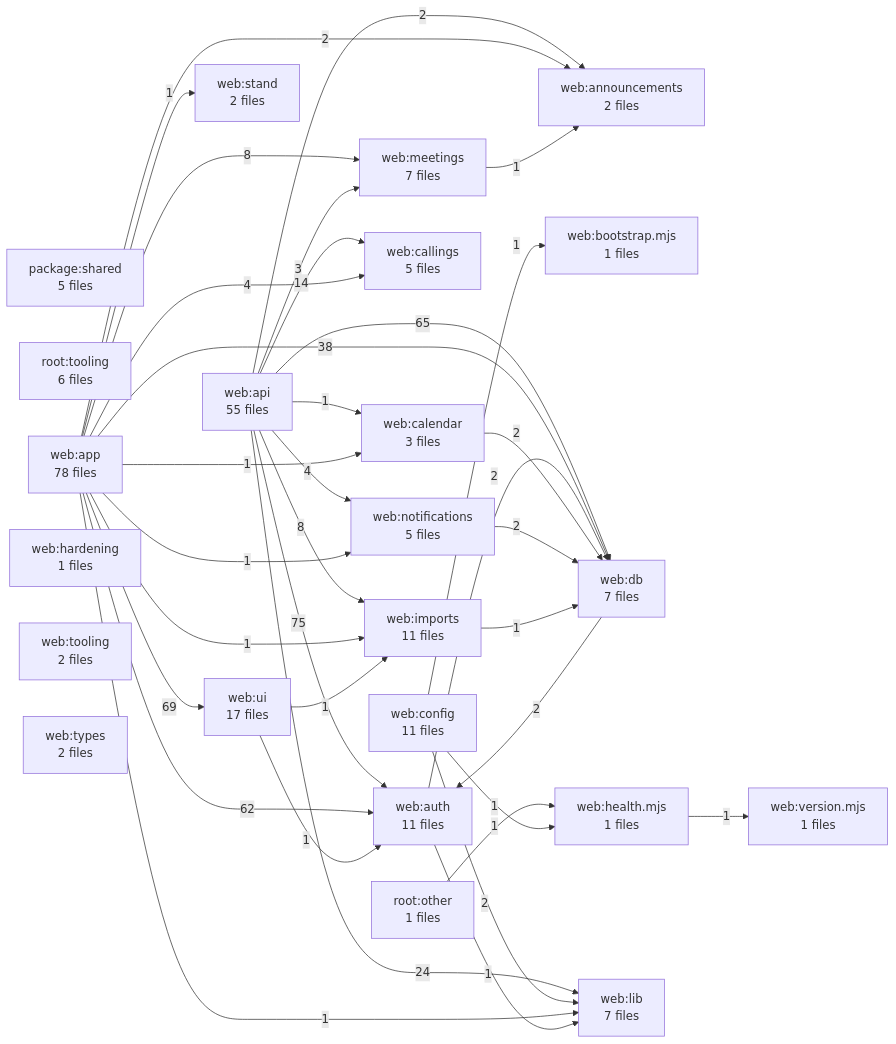
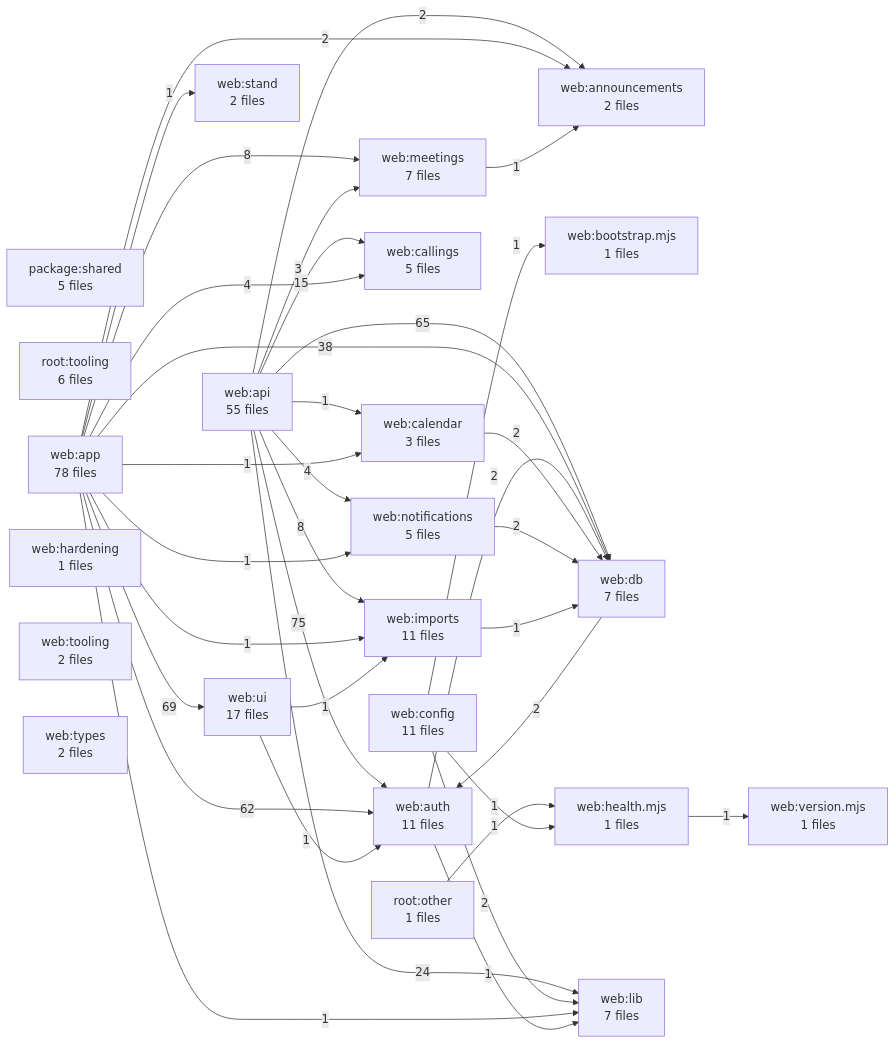
Before and after one commit to kalebhall/the-stand: the diagram in docs/DEPENDENCY_GRAPH.md, drawn with Mermaid. The commit also changed other lines of this file and 2 other files, not shown here.

````diff
--- a/docs/DEPENDENCY_GRAPH.md
+++ b/docs/DEPENDENCY_GRAPH.md
@@ -11,60 +11,60 @@
 ```mermaid
 flowchart LR
   A1["package:shared<br/>5 files"]
   A2["root:other<br/>1 files"]
   A3["root:tooling<br/>6 files"]
   A4["web:announcements<br/>2 files"]
   A5["web:api<br/>55 files"]
   A6["web:app<br/>78 files"]
   A7["web:auth<br/>11 files"]
   A8["web:bootstrap.mjs<br/>1 files"]
   A9["web:calendar<br/>3 files"]
   A10["web:callings<br/>5 files"]
   A11["web:config<br/>11 files"]
   A12["web:db<br/>7 files"]
   A13["web:hardening<br/>1 files"]
   A14["web:health.mjs<br/>1 files"]
   A15["web:imports<br/>11 files"]
   A16["web:lib<br/>7 files"]
   A17["web:meetings<br/>7 files"]
   A18["web:notifications<br/>5 files"]
   A19["web:stand<br/>2 files"]
   A20["web:tooling<br/>2 files"]
   A21["web:types<br/>2 files"]
   A22["web:ui<br/>17 files"]
   A23["web:version.mjs<br/>1 files"]
   A5 -->|75| A7
   A6 -->|69| A22
   A5 -->|65| A12
   A6 -->|62| A7
   A6 -->|38| A12
   A5 -->|24| A16
-  A5 -->|14| A10
+  A5 -->|15| A10
   A5 -->|8| A15
   A6 -->|8| A17
   A5 -->|4| A18
   A6 -->|4| A10
   A5 -->|3| A17
   A5 -->|2| A4
   A6 -->|2| A4
   A7 -->|2| A12
   A9 -->|2| A12
   A11 -->|2| A16
   A12 -->|2| A7
   A18 -->|2| A12
   A2 -->|1| A14
   A5 -->|1| A9
   A6 -->|1| A9
   A6 -->|1| A15
   A6 -->|1| A16
   A6 -->|1| A18
   A6 -->|1| A19
   A7 -->|1| A16
   A11 -->|1| A8
   A11 -->|1| A14
   A14 -->|1| A23
   A15 -->|1| A12
   A17 -->|1| A4
   A22 -->|1| A7
   A22 -->|1| A15
 ```
````
